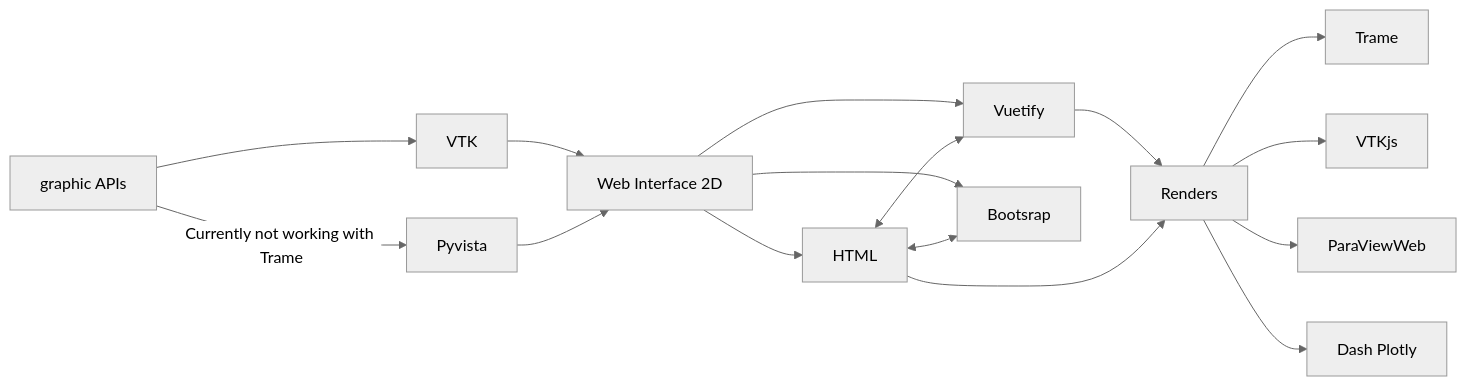
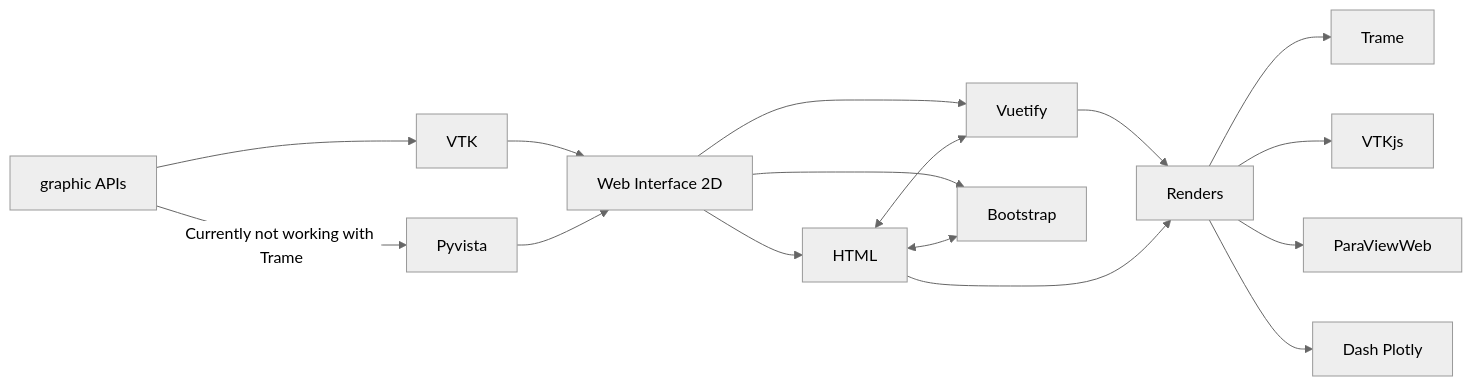
The diagram in stateOftheArt/Readme.md (oscarBarEs/myTFG), drawn with Mermaid (neutral theme) before and after one commit. The commit also changed other lines of this file, not shown here.

````diff
--- a/stateOftheArt/Readme.md
+++ b/stateOftheArt/Readme.md
@@ -9,18 +9,18 @@
 ```mermaid
 graph LR
 A[graphic APIs] --> B[VTK]
 A -- Currently not working with Trame --> C[Pyvista]
 B --> D[Web Interface 2D]
 C --> D
 D --> E[Vuetify]
 D --> F[HTML]
-D --> L[Bootsrap]
+D --> L[Bootstrap]
 F <--> E
 F <--> L
 E --> G[Renders]
 F --> G
 G --> H[Trame]
 G --> I[VTKjs]
 G --> J[ParaViewWeb]
 G --> K[Dash Plotly]
 ```
````
